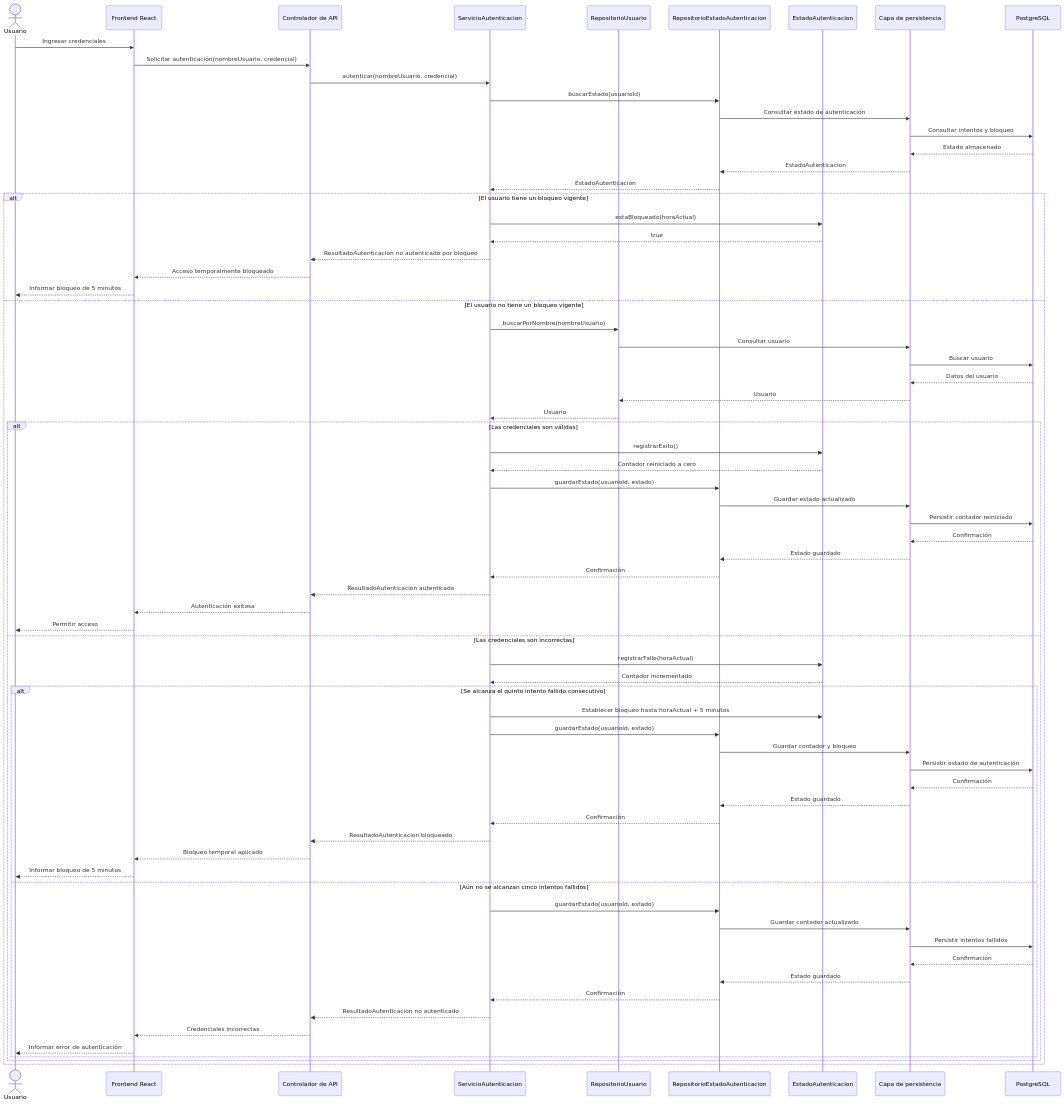
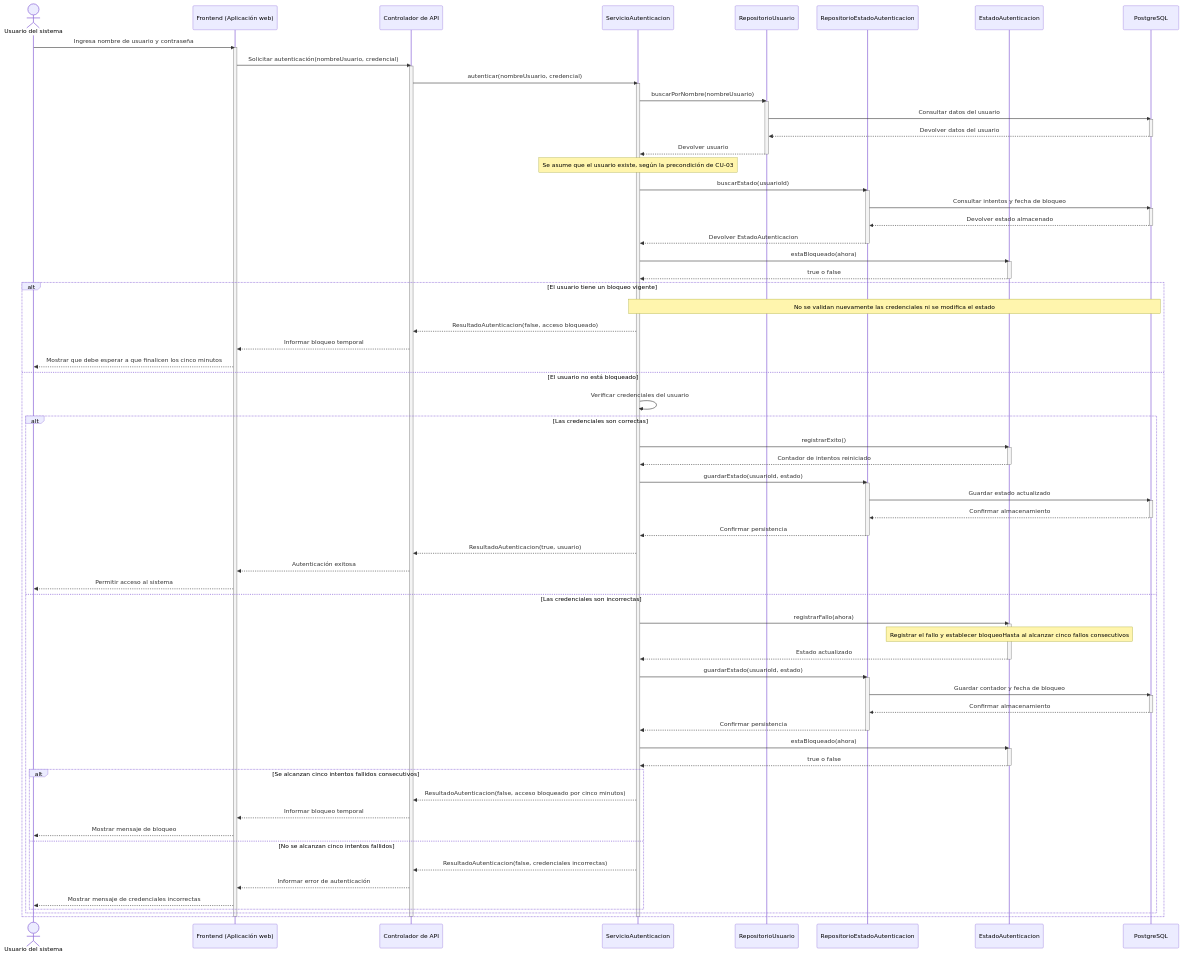
Before and after one commit to anmorenol63/Ingesoft_t6: the first of 2 diagrams in docs/design/02_Diseño_de_Interacción_y_Datos.md, drawn with Mermaid.

Commit message:
Revise sequence diagram for user authentication
Updated sequence diagram for user authentication process, including changes to participant names and flow details.

````diff
--- a/docs/design/02_Diseño_de_Interacción_y_Datos.md
+++ b/docs/design/02_Diseño_de_Interacción_y_Datos.md
@@ -37,79 +37,113 @@
 ```mermaid
 
+
 sequenceDiagram
-    actor U as Usuario
-    participant FE as Frontend React
+    actor U as Usuario del sistema
+    participant FE as Frontend (Aplicación web)
     participant API as Controlador de API
     participant SA as ServicioAutenticacion
     participant RU as RepositorioUsuario
     participant REA as RepositorioEstadoAutenticacion
     participant EA as EstadoAutenticacion
-    participant CP as Capa de persistencia
-    participant DB as PostgreSQL
+    participant BD as PostgreSQL
 
-    U->>FE: Ingresar credenciales
+    U->>FE: Ingresa nombre de usuario y contraseña
+    activate FE
     FE->>API: Solicitar autenticación(nombreUsuario, credencial)
+    activate API
     API->>SA: autenticar(nombreUsuario, credencial)
+    activate SA
+
+    SA->>RU: buscarPorNombre(nombreUsuario)
+    activate RU
+    RU->>BD: Consultar datos del usuario
+    activate BD
+    BD-->>RU: Devolver datos del usuario
+    deactivate BD
+    RU-->>SA: Devolver usuario
+    deactivate RU
+
+    Note over SA: Se asume que el usuario existe, según la precondición de CU-03
+
     SA->>REA: buscarEstado(usuarioId)
-    REA->>CP: Consultar estado de autenticación
-    CP->>DB: Consultar intentos y bloqueo
-    DB-->>CP: Estado almacenado
-    CP-->>REA: EstadoAutenticacion
-    REA-->>SA: EstadoAutenticacion
+    activate REA
+    REA->>BD: Consultar intentos y fecha de bloqueo
+    activate BD
+    BD-->>REA: Devolver estado almacenado
+    deactivate BD
+    REA-->>SA: Devolver EstadoAutenticacion
+    deactivate REA
+
+    SA->>EA: estaBloqueado(ahora)
+    activate EA
+    EA-->>SA: true o false
+    deactivate EA
 
     alt El usuario tiene un bloqueo vigente
-        SA->>EA: estaBloqueado(horaActual)
-        EA-->>SA: true
-        SA-->>API: ResultadoAutenticacion no autenticado por bloqueo
-        API-->>FE: Acceso temporalmente bloqueado
-        FE-->>U: Informar bloqueo de 5 minutos
-    else El usuario no tiene un bloqueo vigente
-        SA->>RU: buscarPorNombre(nombreUsuario)
-        RU->>CP: Consultar usuario
-        CP->>DB: Buscar usuario
-        DB-->>CP: Datos del usuario
-        CP-->>RU: Usuario
-        RU-->>SA: Usuario
+        Note over SA,BD: No se validan nuevamente las credenciales ni se modifica el estado
+        SA-->>API: ResultadoAutenticacion(false, acceso bloqueado)
+        API-->>FE: Informar bloqueo temporal
+        FE-->>U: Mostrar que debe esperar a que finalicen los cinco minutos
 
-        alt Las credenciales son válidas
+    else El usuario no está bloqueado
+        SA->>SA: Verificar credenciales del usuario
+
+        alt Las credenciales son correctas
             SA->>EA: registrarExito()
-            EA-->>SA: Contador reiniciado a cero
+            activate EA
+            EA-->>SA: Contador de intentos reiniciado
+            deactivate EA
+
             SA->>REA: guardarEstado(usuarioId, estado)
-            REA->>CP: Guardar estado actualizado
-            CP->>DB: Persistir contador reiniciado
-            DB-->>CP: Confirmación
-            CP-->>REA: Estado guardado
-            REA-->>SA: Confirmación
-            SA-->>API: ResultadoAutenticacion autenticado
+            activate REA
+            REA->>BD: Guardar estado actualizado
+            activate BD
+            BD-->>REA: Confirmar almacenamiento
+            deactivate BD
+            REA-->>SA: Confirmar persistencia
+            deactivate REA
+
+            SA-->>API: ResultadoAutenticacion(true, usuario)
             API-->>FE: Autenticación exitosa
-            FE-->>U: Permitir acceso
+            FE-->>U: Permitir acceso al sistema
+
         else Las credenciales son incorrectas
-            SA->>EA: registrarFallo(horaActual)
-            EA-->>SA: Contador incrementado
+            SA->>EA: registrarFallo(ahora)
+            activate EA
+            Note over EA: Registrar el fallo y establecer bloqueoHasta al alcanzar cinco fallos consecutivos
+            EA-->>SA: Estado actualizado
+            deactivate EA
 
-            alt Se alcanza el quinto intento fallido consecutivo
-                SA->>EA: Establecer bloqueo hasta horaActual + 5 minutos
-                SA->>REA: guardarEstado(usuarioId, estado)
-                REA->>CP: Guardar contador y bloqueo
-                CP->>DB: Persistir estado de autenticación
-                DB-->>CP: Confirmación
-                CP-->>REA: Estado guardado
-                REA-->>SA: Confirmación
-                SA-->>API: ResultadoAutenticacion bloqueado
-                API-->>FE: Bloqueo temporal aplicado
-                FE-->>U: Informar bloqueo de 5 minutos
-            else Aún no se alcanzan cinco intentos fallidos
-                SA->>REA: guardarEstado(usuarioId, estado)
-                REA->>CP: Guardar contador actualizado
-                CP->>DB: Persistir intentos fallidos
-                DB-->>CP: Confirmación
-                CP-->>REA: Estado guardado
-                REA-->>SA: Confirmación
-                SA-->>API: ResultadoAutenticacion no autenticado
-                API-->>FE: Credenciales incorrectas
-                FE-->>U: Informar error de autenticación
+            SA->>REA: guardarEstado(usuarioId, estado)
+            activate REA
+            REA->>BD: Guardar contador y fecha de bloqueo
+            activate BD
+            BD-->>REA: Confirmar almacenamiento
+            deactivate BD
+            REA-->>SA: Confirmar persistencia
+            deactivate REA
+
+            SA->>EA: estaBloqueado(ahora)
+            activate EA
+            EA-->>SA: true o false
+            deactivate EA
+
+            alt Se alcanzan cinco intentos fallidos consecutivos
+                SA-->>API: ResultadoAutenticacion(false, acceso bloqueado por cinco minutos)
+                API-->>FE: Informar bloqueo temporal
+                FE-->>U: Mostrar mensaje de bloqueo
+
+            else No se alcanzan cinco intentos fallidos
+                SA-->>API: ResultadoAutenticacion(false, credenciales incorrectas)
+                API-->>FE: Informar error de autenticación
+                FE-->>U: Mostrar mensaje de credenciales incorrectas
             end
         end
     end
 
+    deactivate SA
+    deactivate API
+    deactivate FE
+
+
 ```
````
